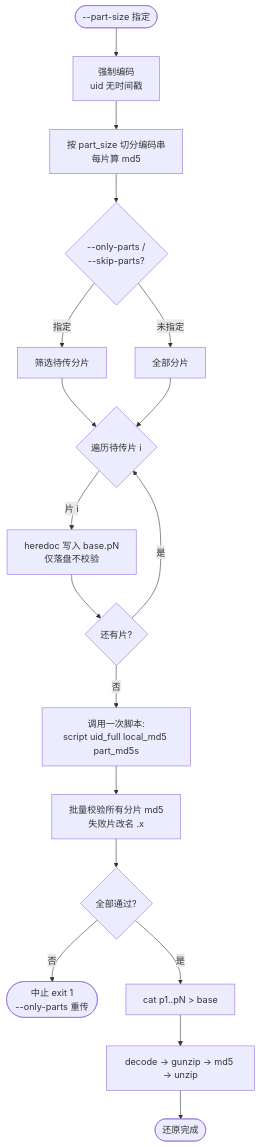
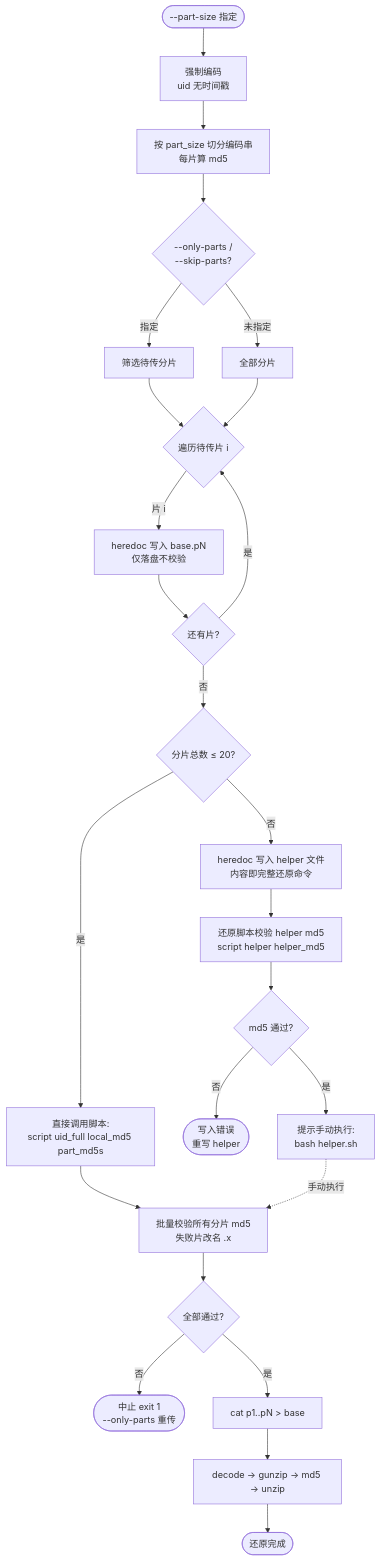
One commit to qzsiniong/typepaste-rs changed the fourth of 4 diagrams in README.md. Above: the diagram before and after it, drawn with Mermaid. The commit also changed other lines of this file and 2 other files, not shown here.

Commit message:
feat: 支持大分片数场景，避免命令行参数过长
针对分片总数超过20的场景，不再直接调用长参数还原命令，而是将完整还原指令写入helper脚本文件，先校验helper文件MD5确认写入无误后，再提示用户手动执行helper脚本，解决目标终端单行参数长度限制问题。

````diff
--- a/README.md
+++ b/README.md
@@ -120,20 +120,27 @@
 ```mermaid
 flowchart TD
     Start([--part-size 指定]) --> Force[强制编码<br/>uid 无时间戳]
     Force --> Split[按 part_size 切分编码串<br/>每片算 md5]
     Split --> Select{--only-parts /<br/>--skip-parts?}
     Select -->|指定| Filter[筛选待传分片]
     Select -->|未指定| All[全部分片]
     Filter --> Loop{遍历待传片 i}
     All --> Loop
     Loop -->|片 i| Heredoc[heredoc 写入 base.pN<br/>仅落盘不校验]
     Heredoc --> More{还有片?}
     More -->|是| Loop
-    More -->|否| Invoke[调用一次脚本:<br/>script uid_full local_md5 part_md5s]
-    Invoke --> Batch[批量校验所有分片 md5<br/>失败片改名 .x]
+    More -->|否| Count{分片总数 ≤ 20?}
+    Count -->|是| Direct[直接调用脚本:<br/>script uid_full local_md5 part_md5s]
+    Count -->|否| WriteHelper[heredoc 写入 helper 文件<br/>内容即完整还原命令]
+    WriteHelper --> VerifyHelper[还原脚本校验 helper md5<br/>script helper helper_md5]
+    VerifyHelper --> HelperOk{md5 通过?}
+    HelperOk -->|否| HelperFail([写入错误<br/>重写 helper])
+    HelperOk -->|是| Manual[提示手动执行:<br/>bash helper.sh]
+    Direct --> Batch[批量校验所有分片 md5<br/>失败片改名 .x]
+    Manual -.手动执行.-> Batch
     Batch --> Fail{全部通过?}
     Fail -->|否| Stop([中止 exit 1<br/>--only-parts 重传])
     Fail -->|是| Merge[cat p1..pN > base]
     Merge --> Restore[decode → gunzip → md5 → unzip]
     Restore --> Done([还原完成])
 ```
````
